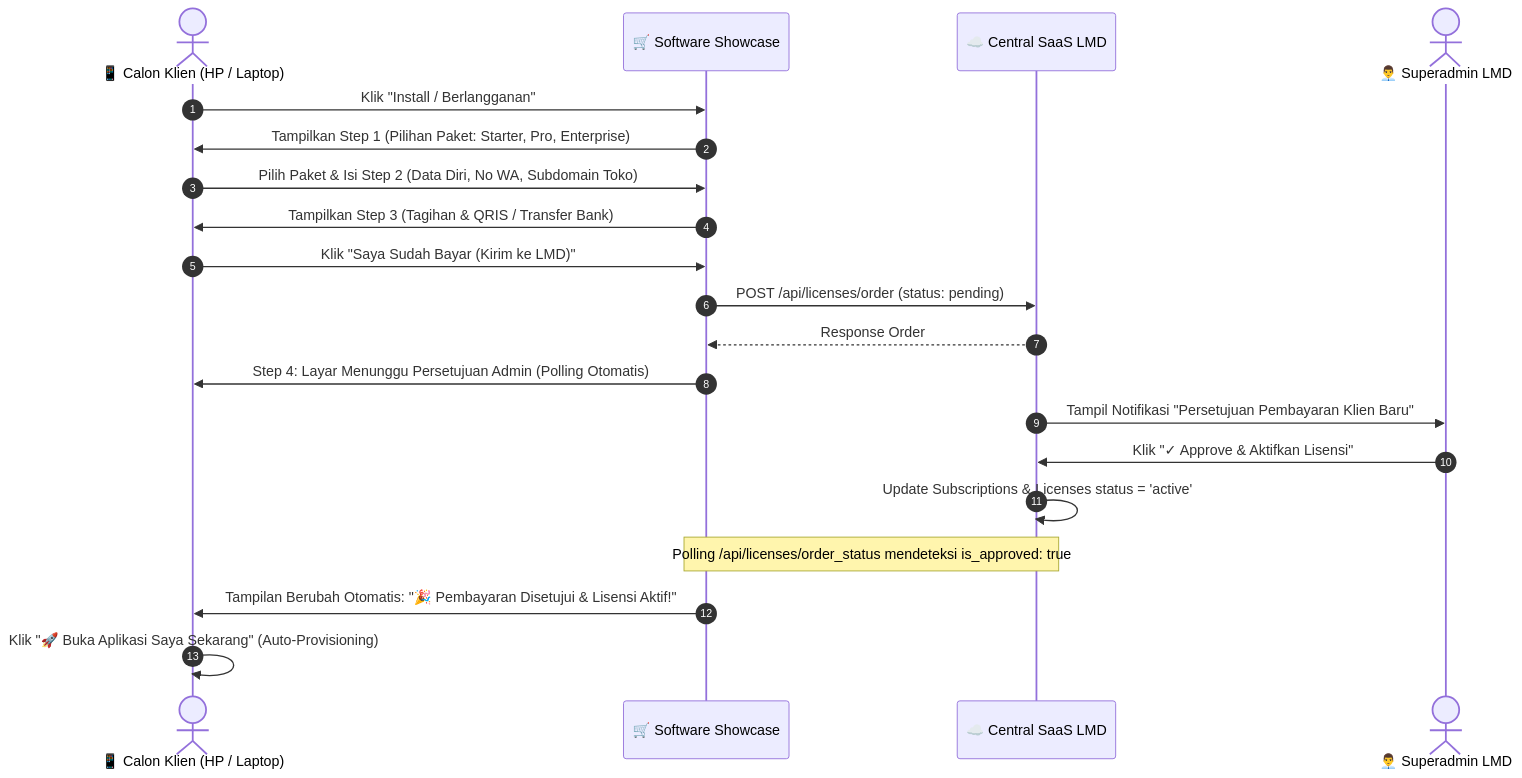
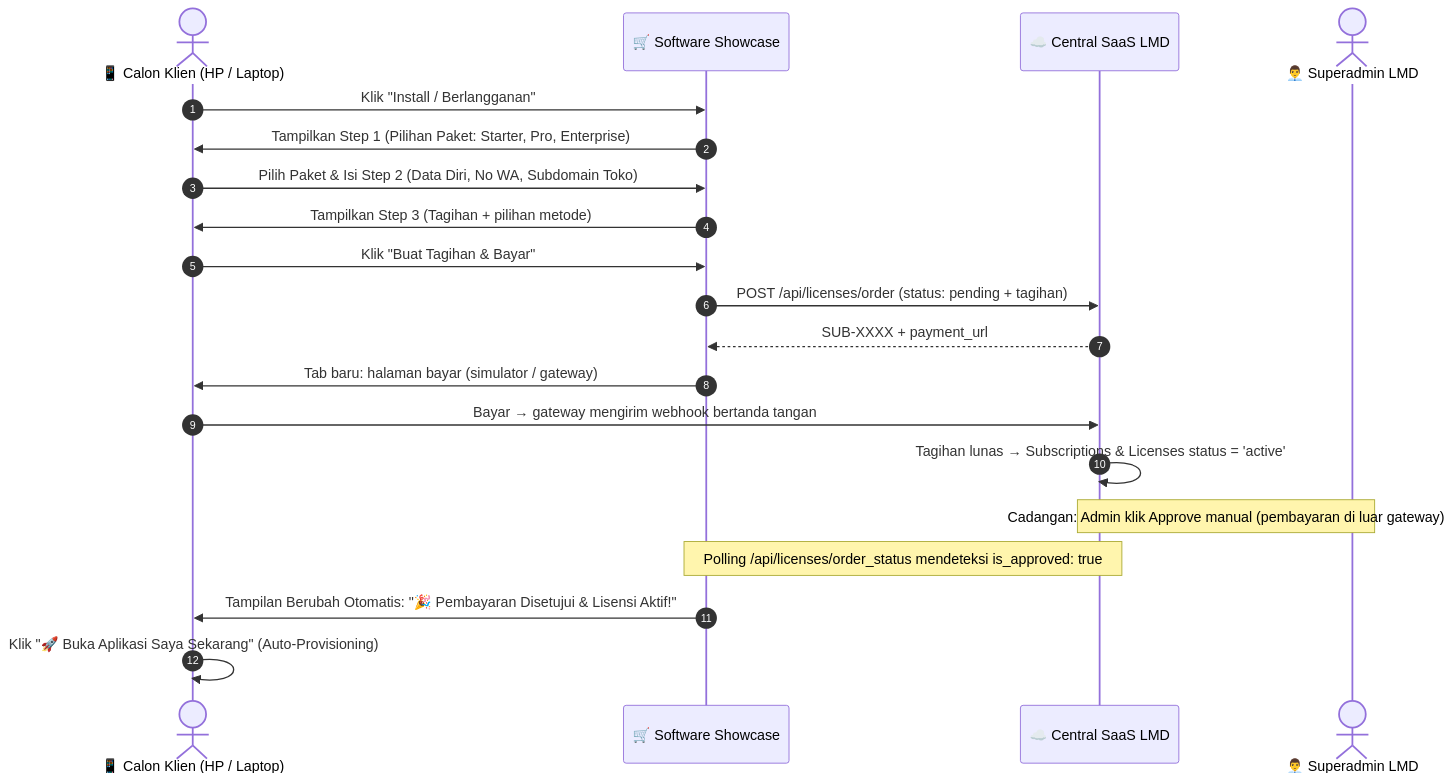
One commit to joan-hidayat/software-showcase changed the second of 3 diagrams in docs/PANDUAN_SHOWCASE.md. Above: the diagram before and after it, drawn with Mermaid. The commit also changed other lines of this file and 7 other files, not shown here.

First line of the commit message:
Pembayaran otomatis di wizard (halaman bayar LMD) + katalog Admin tersimpan di server (T-31)

````diff
--- a/docs/PANDUAN_SHOWCASE.md
+++ b/docs/PANDUAN_SHOWCASE.md
@@ -371,23 +372,23 @@
 ```mermaid
 sequenceDiagram
     autonumber
     actor Client as 📱 Calon Klien (HP / Laptop)
     participant Showcase as 🛒 Software Showcase
     participant LMD as ☁️ Central SaaS LMD
     actor Admin as 👨‍💼 Superadmin LMD
 
     Client->>Showcase: Klik "Install / Berlangganan"
     Showcase->>Client: Tampilkan Step 1 (Pilihan Paket: Starter, Pro, Enterprise)
     Client->>Showcase: Pilih Paket & Isi Step 2 (Data Diri, No WA, Subdomain Toko)
-    Showcase->>Client: Tampilkan Step 3 (Tagihan & QRIS / Transfer Bank)
-    Client->>Showcase: Klik "Saya Sudah Bayar (Kirim ke LMD)"
-    Showcase->>LMD: POST /api/licenses/order (status: pending)
-    LMD-->>Showcase: Response Order #INV-XXXX (Subscription: SUB-XXXX)
-    Showcase->>Client: Step 4: Layar Menunggu Persetujuan Admin (Polling Otomatis)
-    LMD->>Admin: Tampil Notifikasi "Persetujuan Pembayaran Klien Baru"
-    Admin->>LMD: Klik "✓ Approve & Aktifkan Lisensi"
-    LMD->>LMD: Update Subscriptions & Licenses status = 'active'
+    Showcase->>Client: Tampilkan Step 3 (Tagihan + pilihan metode)
+    Client->>Showcase: Klik "Buat Tagihan & Bayar"
+    Showcase->>LMD: POST /api/licenses/order (status: pending + tagihan)
+    LMD-->>Showcase: SUB-XXXX + payment_url
+    Showcase->>Client: Tab baru: halaman bayar (simulator / gateway)
+    Client->>LMD: Bayar → gateway mengirim webhook bertanda tangan
+    LMD->>LMD: Tagihan lunas → Subscriptions & Licenses status = 'active'
+    Note over Admin,LMD: Cadangan: Admin klik Approve manual (pembayaran di luar gateway)
     Note over LMD,Showcase: Polling /api/licenses/order_status mendeteksi is_approved: true
     Showcase->>Client: Tampilan Berubah Otomatis: "🎉 Pembayaran Disetujui & Lisensi Aktif!"
     Client->>Client: Klik "🚀 Buka Aplikasi Saya Sekarang" (Auto-Provisioning)
 ```
````
